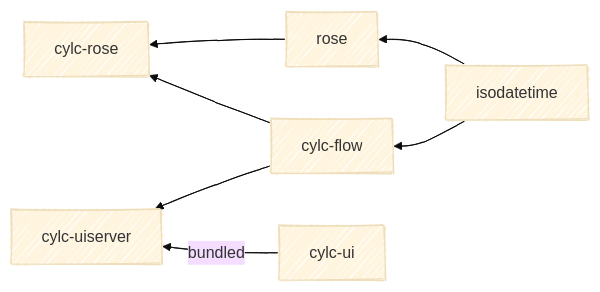
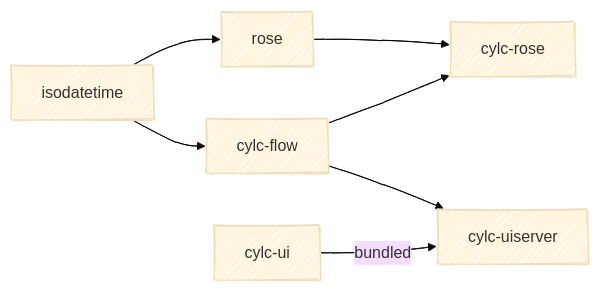
Before and after one commit to cylc/cylc-admin: the diagram in docs/howto/dev-setup.md, drawn with Mermaid (base theme).

Commit message:
Apply suggestion from @oliver-sanders

```diff
--- a/docs/howto/dev-setup.md
+++ b/docs/howto/dev-setup.md
@@ -243,13 +243,13 @@
 <pre class="mermaid">
 ---
 config:
     look: handDrawn
 ---
-flowchart RL
+flowchart LR
     isodatetime --> rose
     isodatetime --> cylc-flow
     rose --> cylc-rose
     cylc-flow --> cylc-rose
     cylc-flow --> cylc-uiserver
     cylc-ui -->|bundled| cylc-uiserver
 </pre>
```
